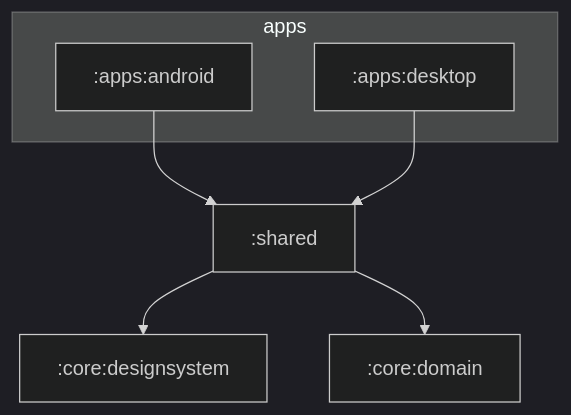
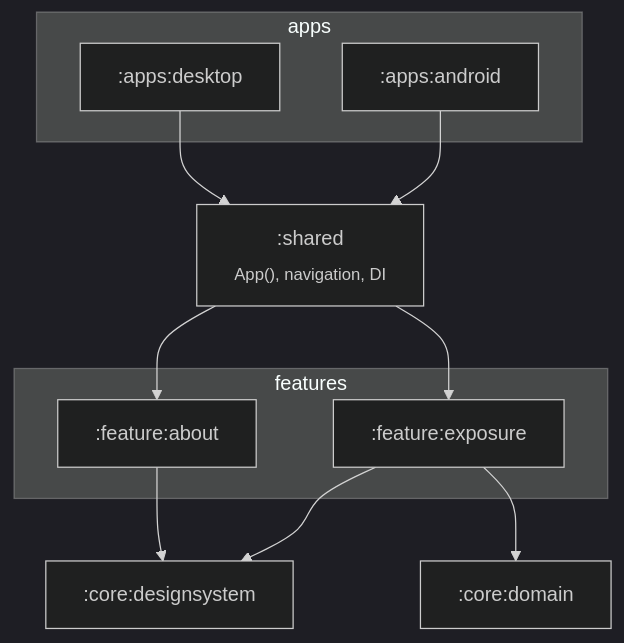
Before and after one commit to JeanCarloLond/WHLambda: the first of 2 diagrams in docs/architecture.md, drawn with Mermaid (dark theme). The commit also changed other lines of this file and 44 other files, not shown here.

````diff
--- a/docs/architecture.md
+++ b/docs/architecture.md
@@ -9,15 +10,22 @@
 ```mermaid
 flowchart TB
     subgraph apps
         android[":apps:android"]
         desktop[":apps:desktop"]
     end
-    shared[":shared"]
+    shared[":shared<br/><sub>App(), navigation, DI</sub>"]
+    subgraph features
+        exposure[":feature:exposure"]
+        about[":feature:about"]
+    end
     designsystem[":core:designsystem"]
     domain[":core:domain"]
 
     android --> shared
     desktop --> shared
-    shared --> designsystem
-    shared --> domain
+    shared --> exposure
+    shared --> about
+    exposure --> designsystem
+    exposure --> domain
+    about --> designsystem
 ```
````
